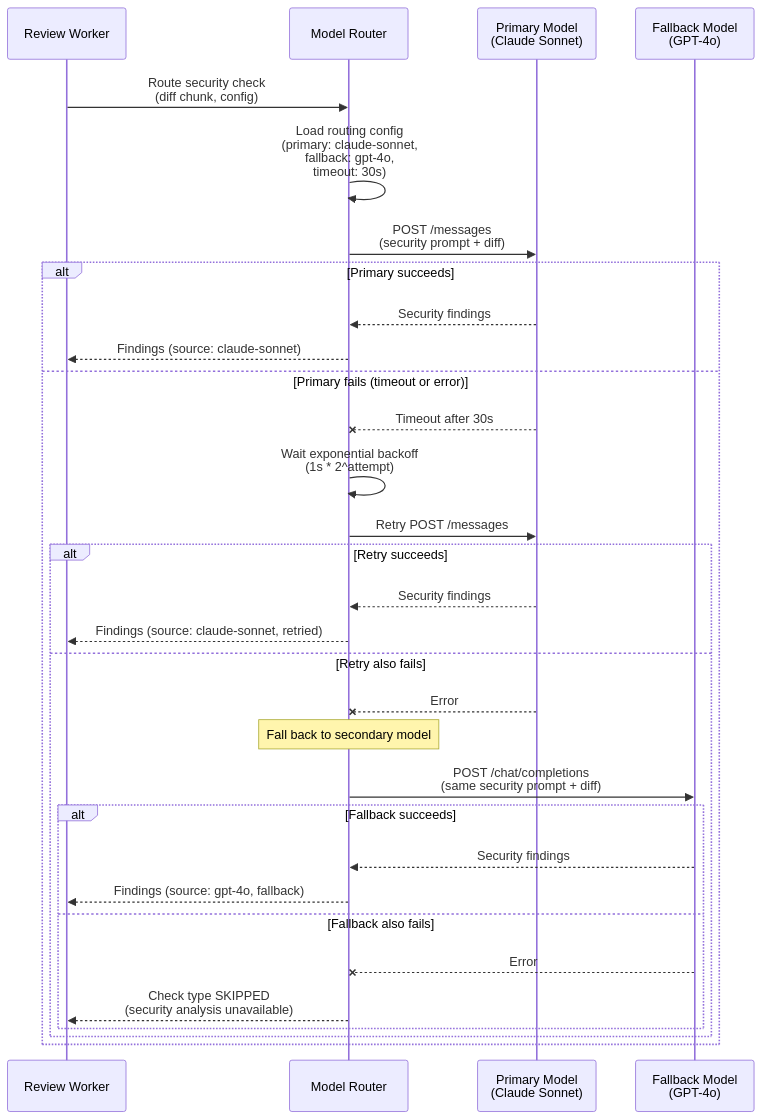
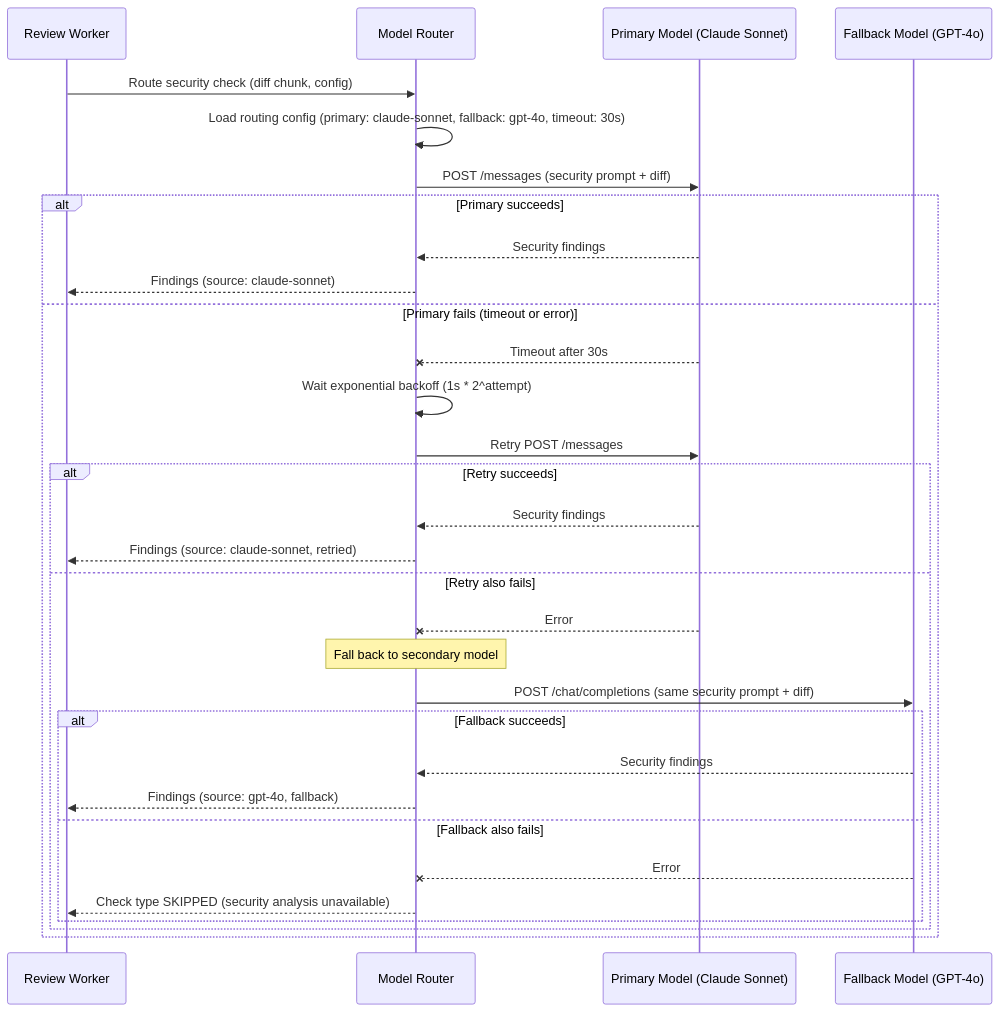
Before and after one commit to Tamoura/Claude-Code-creates-the-SW-company: the eighth of 11 diagrams in products/codeguardian/docs/architecture.md, drawn with Mermaid. The commit also changed other lines of this file, not shown here.

First line of the commit message:
fix(codeguardian): remove br tags from Mermaid sequence diagrams

````diff
--- a/products/codeguardian/docs/architecture.md
+++ b/products/codeguardian/docs/architecture.md
@@ -576,41 +576,41 @@
 ```mermaid
 sequenceDiagram
     participant W as Review Worker
     participant Router as Model Router
-    participant Primary as Primary Model<br/>(Claude Sonnet)
-    participant Fallback as Fallback Model<br/>(GPT-4o)
+    participant Primary as Primary Model (Claude Sonnet)
+    participant Fallback as Fallback Model (GPT-4o)
 
-    W->>Router: Route security check<br/>(diff chunk, config)
-    Router->>Router: Load routing config<br/>(primary: claude-sonnet,<br/>fallback: gpt-4o,<br/>timeout: 30s)
+    W->>Router: Route security check (diff chunk, config)
+    Router->>Router: Load routing config (primary: claude-sonnet, fallback: gpt-4o, timeout: 30s)
 
-    Router->>Primary: POST /messages<br/>(security prompt + diff)
+    Router->>Primary: POST /messages (security prompt + diff)
 
     alt Primary succeeds
         Primary-->>Router: Security findings
         Router-->>W: Findings (source: claude-sonnet)
 
     else Primary fails (timeout or error)
         Primary--xRouter: Timeout after 30s
 
-        Router->>Router: Wait exponential backoff<br/>(1s * 2^attempt)
+        Router->>Router: Wait exponential backoff (1s * 2^attempt)
 
         Router->>Primary: Retry POST /messages
         alt Retry succeeds
             Primary-->>Router: Security findings
             Router-->>W: Findings (source: claude-sonnet, retried)
         else Retry also fails
             Primary--xRouter: Error
 
             Note over Router: Fall back to secondary model
 
-            Router->>Fallback: POST /chat/completions<br/>(same security prompt + diff)
+            Router->>Fallback: POST /chat/completions (same security prompt + diff)
             alt Fallback succeeds
                 Fallback-->>Router: Security findings
                 Router-->>W: Findings (source: gpt-4o, fallback)
             else Fallback also fails
                 Fallback--xRouter: Error
-                Router-->>W: Check type SKIPPED<br/>(security analysis unavailable)
+                Router-->>W: Check type SKIPPED (security analysis unavailable)
             end
         end
     end
 ```
````
